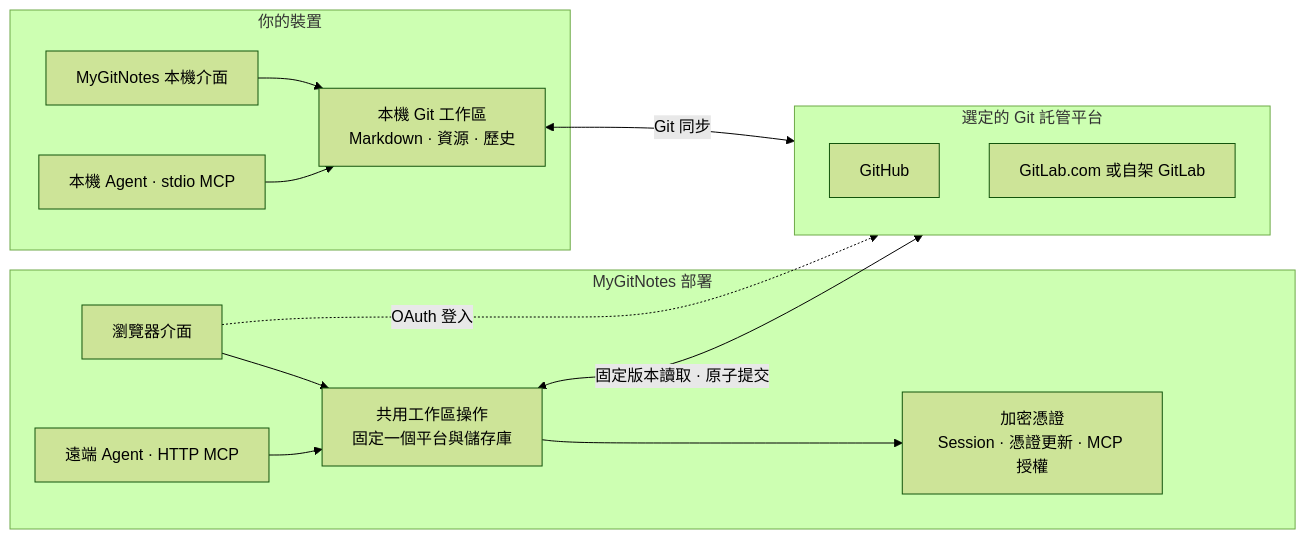
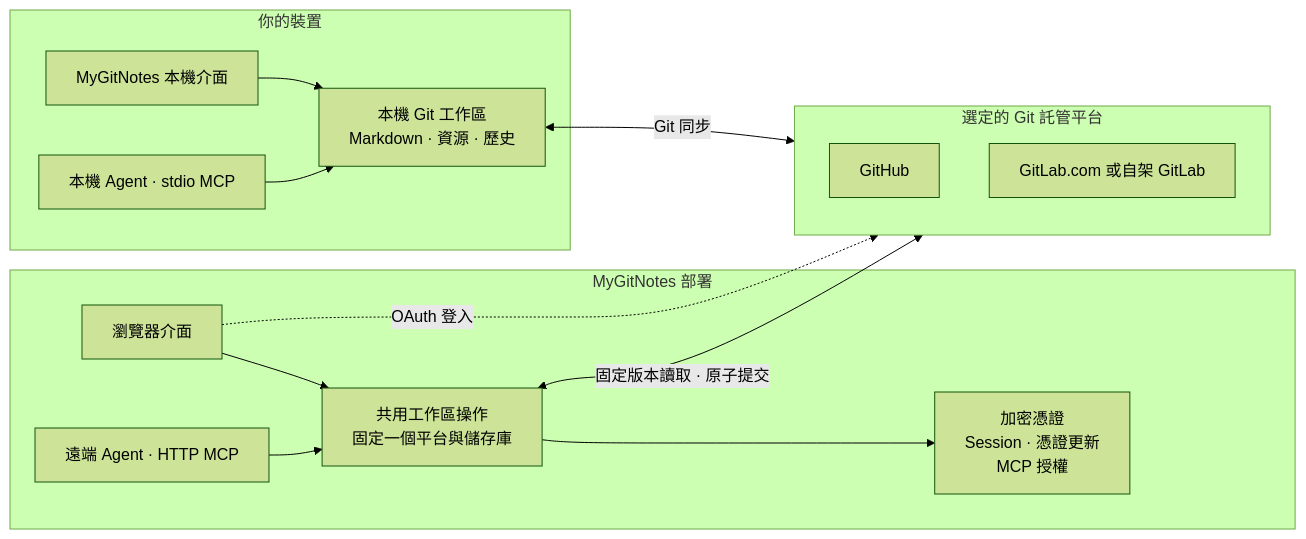
One commit to wayne930242/MyGitNotes changed the diagram in docs/assets/mygitnotes-architecture-zh-TW.mmd. Above: the diagram before and after it, drawn with Mermaid (forest theme). The commit also changed 15 other files, not shown here.

Commit message:
feat: isolate shared Redis deployments and render MyGitNotes diagrams

```diff
--- a/docs/assets/mygitnotes-architecture-zh-TW.mmd
+++ b/docs/assets/mygitnotes-architecture-zh-TW.mmd
@@ -1,24 +1,24 @@
 flowchart LR
   subgraph device["你的裝置"]
     localUI["MyGitNotes 本機介面"]
     localMCP["本機 Agent · stdio MCP"]
     files["本機 Git 工作區<br/>Markdown · 資源 · 歷史"]
     localUI --> files
     localMCP --> files
   end
   subgraph deployment["MyGitNotes 部署"]
     web["瀏覽器介面"]
     agents["遠端 Agent · HTTP MCP"]
     service["共用工作區操作<br/>固定一個平台與儲存庫"]
-    credentials["加密憑證<br/>Session · 憑證更新 · MCP 授權"]
+    credentials["加密憑證<br/>Session · 憑證更新<br/>MCP 授權"]
     web --> service
     agents --> service
     service --> credentials
   end
   subgraph storage["選定的 Git 託管平台"]
     github["GitHub"]
     gitlab["GitLab.com 或自架 GitLab"]
   end
   files <-->|Git 同步| storage
   service <-->|固定版本讀取 · 原子提交| storage
   web -. OAuth 登入 .-> storage
```
